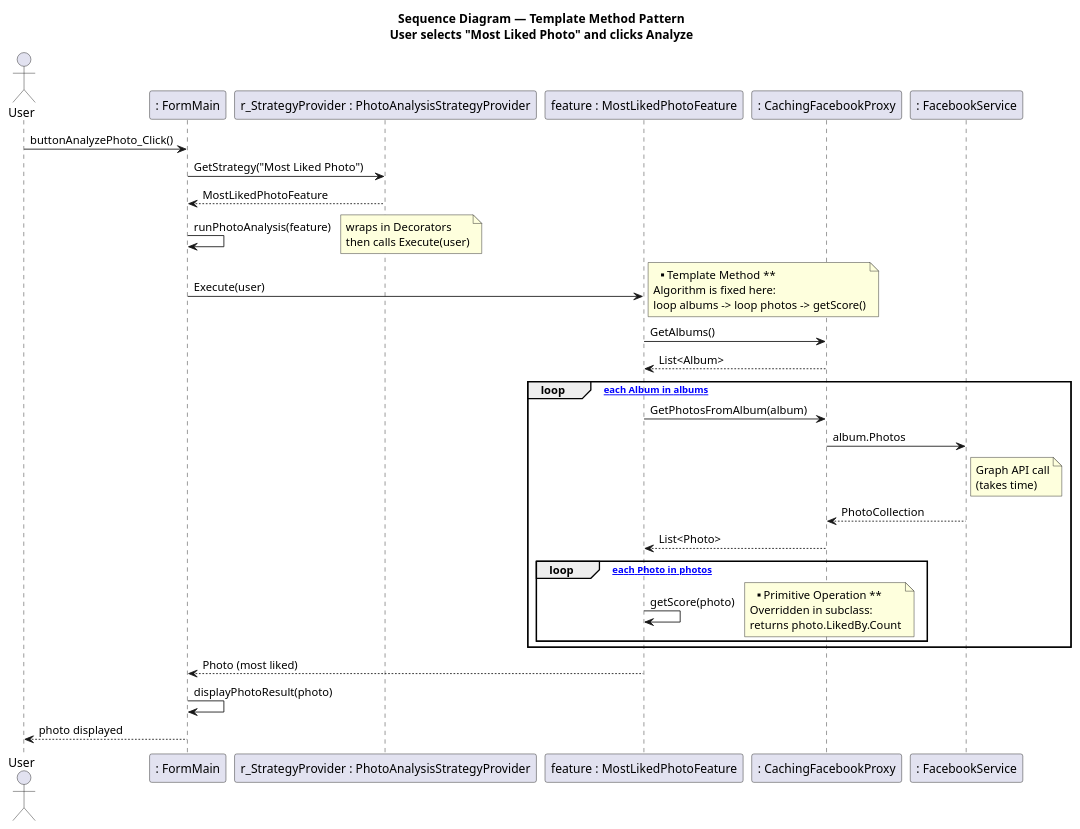
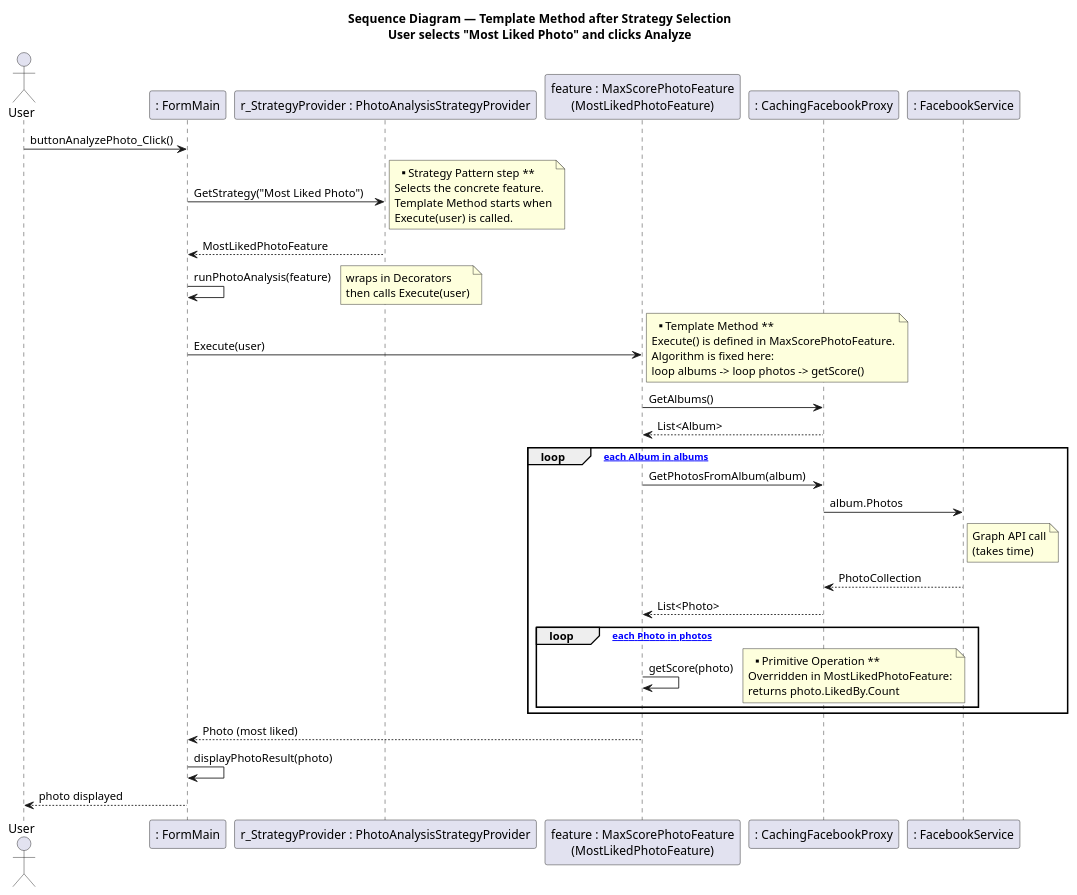
One commit to LotemKimchi/Application-Programming-Using-Design-Patterns changed the diagram in Project3/B26 Ex03 LotemKimchi 318173481 ShaniSalomon 208573683 NEW/uml/TemplateMethod_SequenceDiagram.puml. Above: the diagram before and after it, drawn with PlantUML.

Commit message:
Fix TemplateMethod SD: clarify Execute ownership and GetStrategy role

```diff
--- a/Project3/B26 Ex03 LotemKimchi 318173481 ShaniSalomon 208573683 NEW/uml/TemplateMethod_SequenceDiagram.puml
+++ b/Project3/B26 Ex03 LotemKimchi 318173481 ShaniSalomon 208573683 NEW/uml/TemplateMethod_SequenceDiagram.puml
@@ -1,49 +1,56 @@
 @startuml
-title Sequence Diagram — Template Method Pattern\nUser selects "Most Liked Photo" and clicks Analyze
+title Sequence Diagram — Template Method after Strategy Selection\nUser selects "Most Liked Photo" and clicks Analyze
 
 actor User
 participant ": FormMain" as Form
 participant "r_StrategyProvider : PhotoAnalysisStrategyProvider" as Provider
-participant "feature : MostLikedPhotoFeature" as Feature
+participant "feature : MaxScorePhotoFeature\n(MostLikedPhotoFeature)" as Feature
 participant ": CachingFacebookProxy" as Proxy
 participant ": FacebookService" as FB
 
 User -> Form : buttonAnalyzePhoto_Click()
 Form -> Provider : GetStrategy("Most Liked Photo")
+note right
+  ** Strategy Pattern step **
+  Selects the concrete feature.
+  Template Method starts when
+  Execute(user) is called.
+end note
 Provider --> Form : MostLikedPhotoFeature
 
 Form -> Form : runPhotoAnalysis(feature)
 note right : wraps in Decorators\nthen calls Execute(user)
 
 Form -> Feature : Execute(user)
 note right
   ** Template Method **
+  Execute() is defined in MaxScorePhotoFeature.
   Algorithm is fixed here:
   loop albums -> loop photos -> getScore()
 end note
 
 Feature -> Proxy : GetAlbums()
 Proxy --> Feature : List<Album>
 
 loop [for each Album in albums]
     Feature -> Proxy : GetPhotosFromAlbum(album)
     Proxy -> FB : album.Photos
     note right of FB : Graph API call\n(takes time)
     FB --> Proxy : PhotoCollection
     Proxy --> Feature : List<Photo>
 
     loop [for each Photo in photos]
         Feature -> Feature : getScore(photo)
         note right
           ** Primitive Operation **
-          Overridden in subclass:
+          Overridden in MostLikedPhotoFeature:
           returns photo.LikedBy.Count
         end note
     end
 end
 
 Feature --> Form : Photo (most liked)
 Form -> Form : displayPhotoResult(photo)
 Form --> User : photo displayed
 
 @enduml
```
